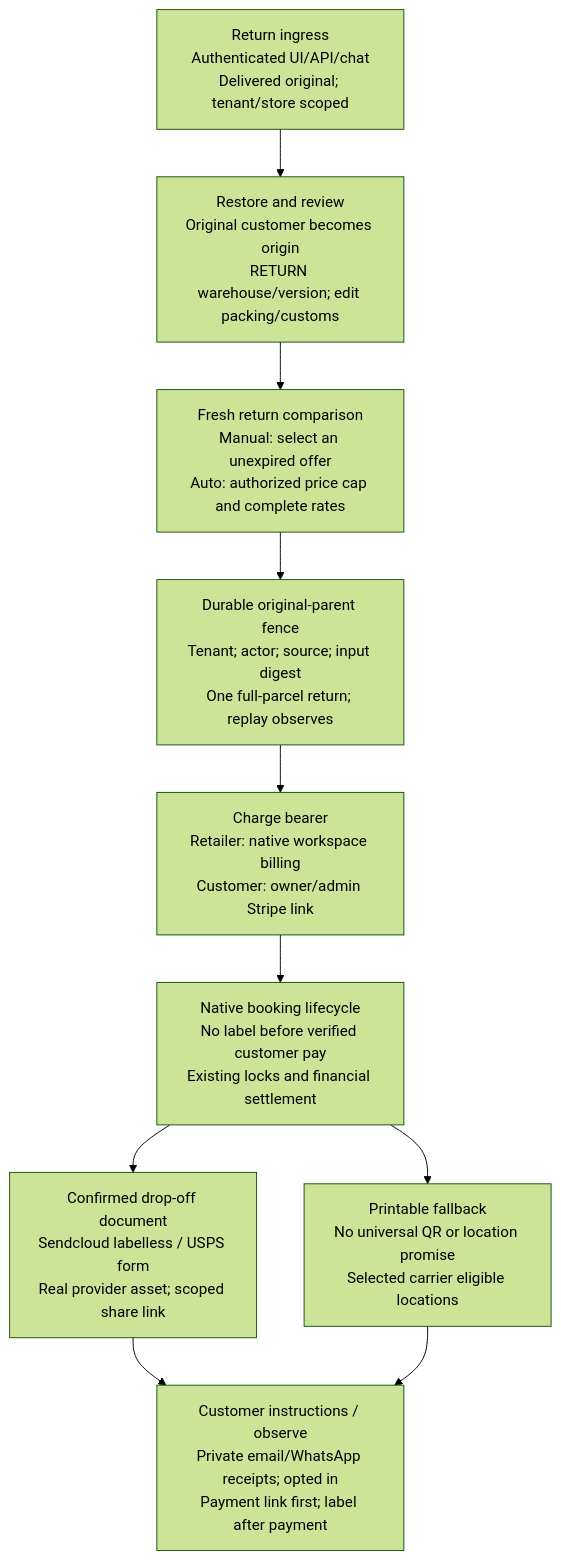
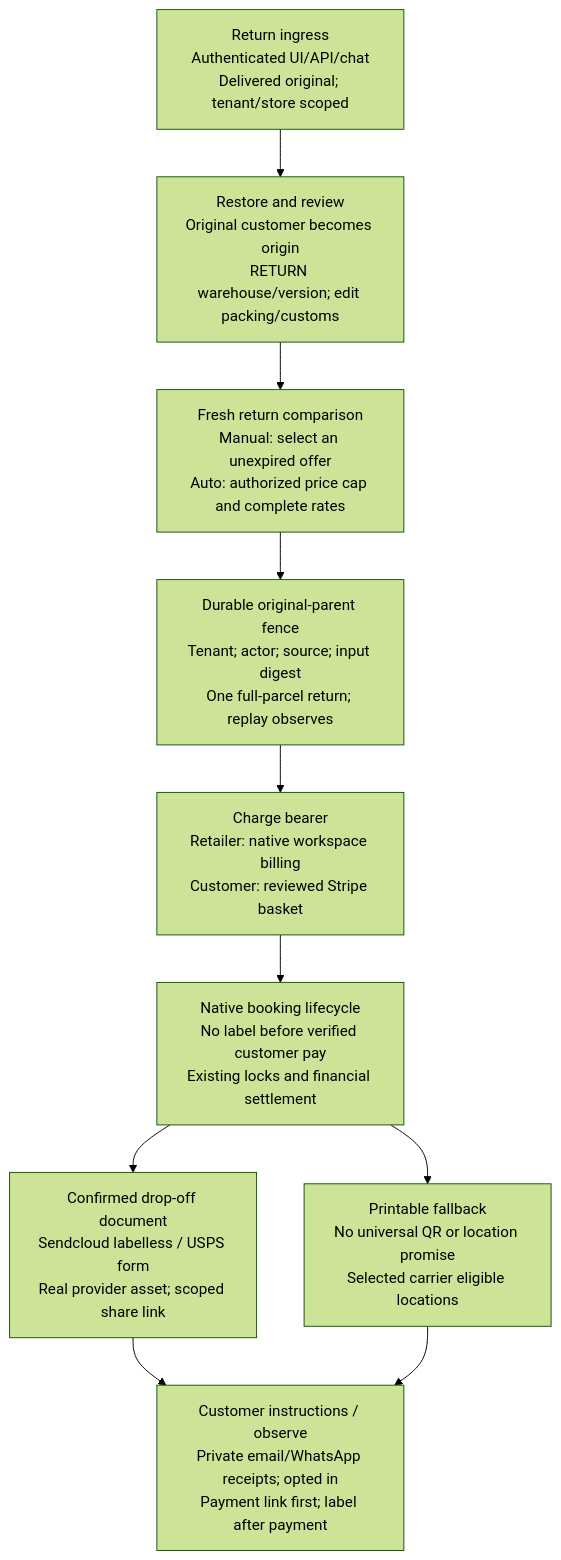
Before and after one commit to sync4ai-lab/easyinvio: the diagram in output/EasyInvio-Architecture/returns_lifecycle.mmd, drawn with Mermaid (forest theme). The commit also changed 40 other files, not shown here.

Commit message:
Refresh architecture reference for support Agent permissions

```diff
--- a/output/EasyInvio-Architecture/returns_lifecycle.mmd
+++ b/output/EasyInvio-Architecture/returns_lifecycle.mmd
@@ -1,20 +1,20 @@
 %% Same logical nodes/edges as the SVG; detailed contracts are in the manual.
 flowchart TB
     input["Return ingress<br/>Authenticated UI/API/chat<br/>Delivered original; tenant/store scoped"]
     receipt["Durable original-parent fence<br/>Tenant; actor; source; input digest<br/>One full-parcel return; replay observes"]
     parent["Restore and review<br/>Original customer becomes origin<br/>RETURN warehouse/version; edit packing/customs"]
     rate["Fresh return comparison<br/>Manual: select an unexpired offer<br/>Auto: authorized price cap and complete rates"]
-    payer["Charge bearer<br/>Retailer: native workspace billing<br/>Customer: owner/admin Stripe link"]
+    payer["Charge bearer<br/>Retailer: native workspace billing<br/>Customer: reviewed Stripe basket"]
     book["Native booking lifecycle<br/>No label before verified customer pay<br/>Existing locks and financial settlement"]
     qr["Confirmed drop-off document<br/>Sendcloud labelless / USPS form<br/>Real provider asset; scoped share link"]
     print["Printable fallback<br/>No universal QR or location promise<br/>Selected carrier eligible locations"]
     status["Customer instructions / observe<br/>Private email/WhatsApp receipts; opted in<br/>Payment link first; label after payment"]
     input --> parent
     parent --> rate
     rate --> receipt
     receipt --> payer
     payer --> book
     book --> qr
     book --> print
     qr --> status
     print --> status
```
